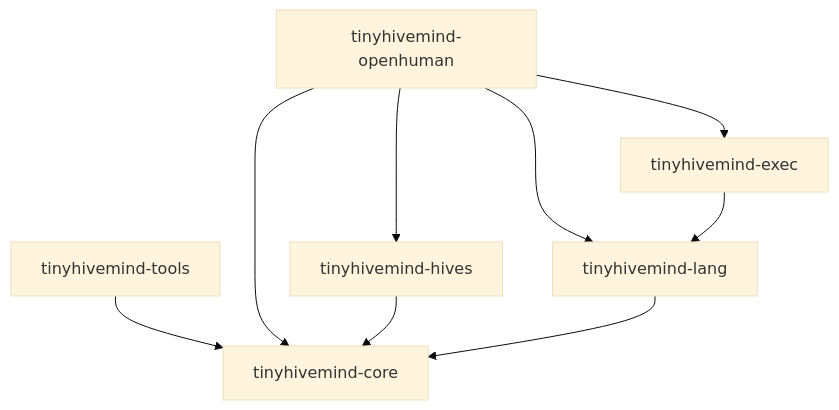
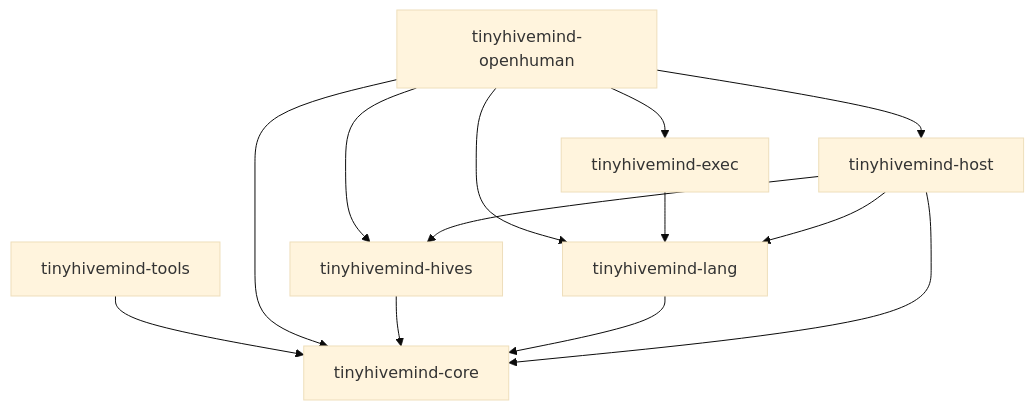
Before and after one commit to tinyhumansai/tinyhivemind: the diagram in docs/crate-dependencies.md, drawn with Mermaid (base theme). The commit also changed other lines of this file and 23 other files, not shown here.

````diff
--- a/docs/crate-dependencies.md
+++ b/docs/crate-dependencies.md
@@ -6,11 +6,15 @@
 ```mermaid
 flowchart TD
     tools["tinyhivemind-tools"] --> core["tinyhivemind-core"]
     openhuman["tinyhivemind-openhuman"] --> core
     openhuman --> hives["tinyhivemind-hives"]
     hives --> core
     lang["tinyhivemind-lang"] --> core
     openhuman --> lang
     exec["tinyhivemind-exec"] --> lang
     openhuman --> exec
+    host["tinyhivemind-host"] --> core
+    host --> hives
+    host --> lang
+    openhuman --> host
 ```
````
